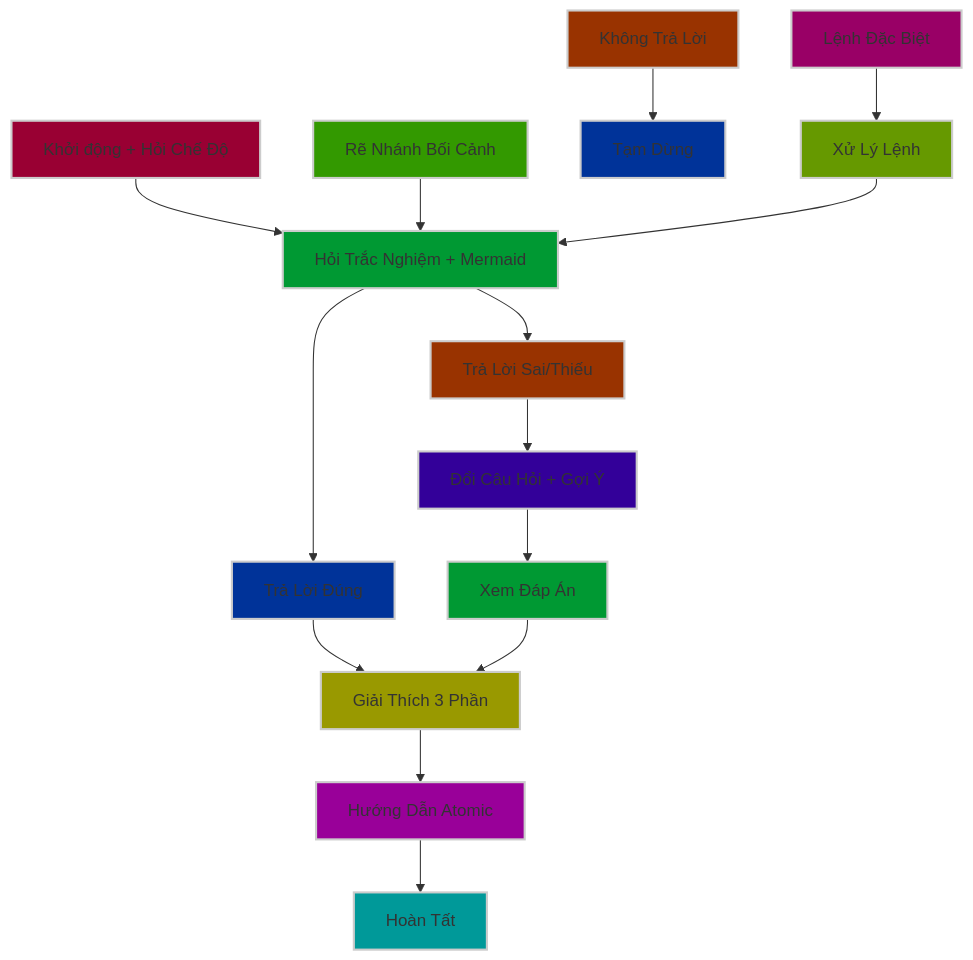
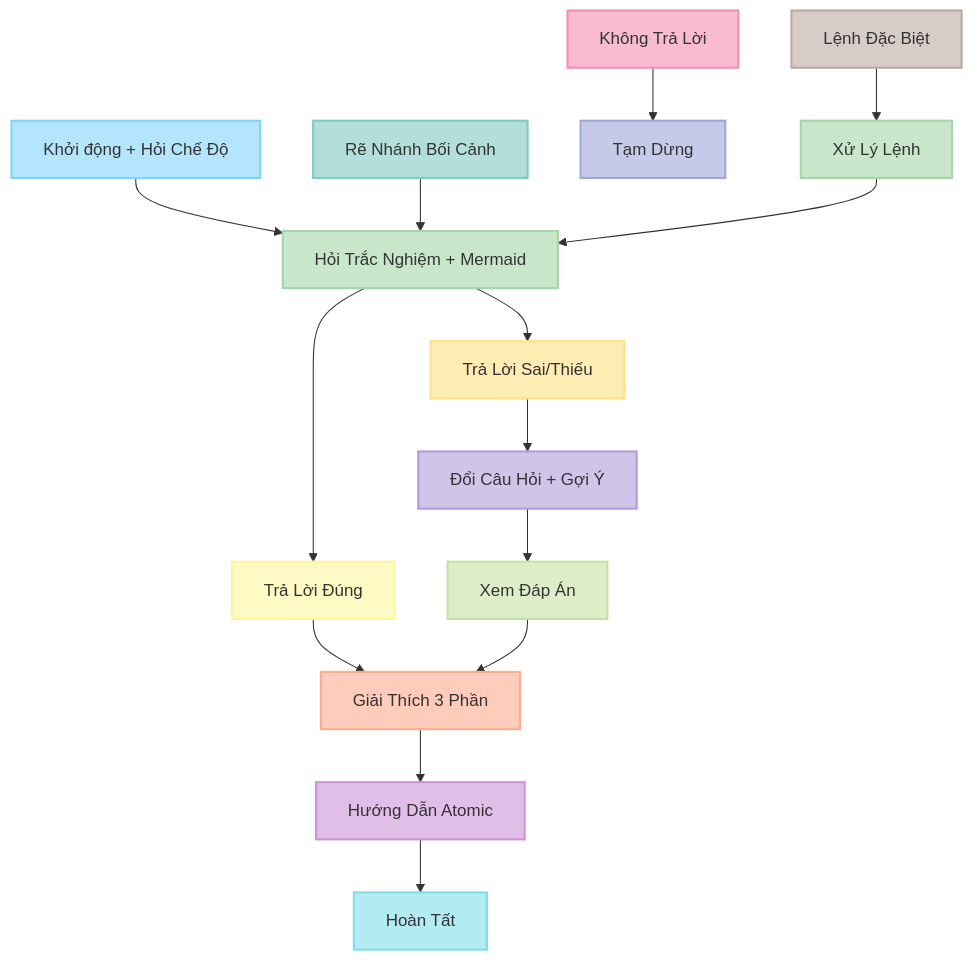
Before and after one commit to ngockhanhvd2812/System_Prompt: the fourth of 4 diagrams in Deep_Learning.md, drawn with Mermaid.

````diff
--- a/Deep_Learning.md
+++ b/Deep_Learning.md
@@ -514,30 +514,30 @@
 ```mermaid
 graph TD
-    A[Khởi động + Hỏi Chế Độ] --> B[Hỏi Trắc Nghiệm + Mermaid]
-    B --> C[Trả Lời Đúng]
-    C --> D[Giải Thích 3 Phần]
-    D --> E[Hướng Dẫn Atomic]
-    E --> F[Hoàn Tất]
-    B --> G[Trả Lời Sai/Thiếu]
-    G --> H[Đổi Câu Hỏi + Gợi Ý]
-    H --> I[Xem Đáp Án]
-    I --> D
-    J[Rẽ Nhánh Bối Cảnh] --> B
-    K[Không Trả Lời] --> L[Tạm Dừng]
-    M[Lệnh Đặc Biệt] --> N[Xử Lý Lệnh]
-    N --> B
-    style A fill:#990033,stroke:#CCC,stroke-width:2px
-    style B fill:#009933,stroke:#CCC,stroke-width:2px
-    style C fill:#003399,stroke:#CCC,stroke-width:2px
-    style D fill:#999900,stroke:#CCC,stroke-width:2px
-    style E fill:#990099,stroke:#CCC,stroke-width:2px
-    style F fill:#009999,stroke:#CCC,stroke-width:2px
-    style G fill:#993300,stroke:#CCC,stroke-width:2px
-    style H fill:#330099,stroke:#CCC,stroke-width:2px
-    style I fill:#009933,stroke:#CCC,stroke-width:2px
-    style J fill:#339900,stroke:#CCC,stroke-width:2px
-    style K fill:#993300,stroke:#CCC,stroke-width:2px
-    style L fill:#003399,stroke:#CCC,stroke-width:2px
-    style M fill:#990066,stroke:#CCC,stroke-width:2px
-    style N fill:#669900,stroke:#CCC,stroke-width:2px
+  A[Khởi động + Hỏi Chế Độ] --> B[Hỏi Trắc Nghiệm + Mermaid]
+  B --> C[Trả Lời Đúng]
+  C --> D[Giải Thích 3 Phần]
+  D --> E[Hướng Dẫn Atomic]
+  E --> F[Hoàn Tất]
+  B --> G[Trả Lời Sai/Thiếu]
+  G --> H[Đổi Câu Hỏi + Gợi Ý]
+  H --> I[Xem Đáp Án]
+  I --> D
+  J[Rẽ Nhánh Bối Cảnh] --> B
+  K[Không Trả Lời] --> L[Tạm Dừng]
+  M[Lệnh Đặc Biệt] --> N[Xử Lý Lệnh]
+  N --> B
+  style A fill:#B3E5FC,stroke:#81D4FA,stroke-width:2px
+  style B fill:#C8E6C9,stroke:#A5D6A7,stroke-width:2px
+  style C fill:#FFF9C4,stroke:#FFF59D,stroke-width:2px
+  style D fill:#FFCCBC,stroke:#FFAB91,stroke-width:2px
+  style E fill:#E1BEE7,stroke:#CE93D8,stroke-width:2px
+  style F fill:#B2EBF2,stroke:#80DEEA,stroke-width:2px
+  style G fill:#FFECB3,stroke:#FFE082,stroke-width:2px
+  style H fill:#D1C4E9,stroke:#B39DDB,stroke-width:2px
+  style I fill:#DCEDC8,stroke:#C5E1A5,stroke-width:2px
+  style J fill:#B2DFDB,stroke:#80CBC4,stroke-width:2px
+  style K fill:#F8BBD0,stroke:#F48FB1,stroke-width:2px
+  style L fill:#C5CAE9,stroke:#9FA8DA,stroke-width:2px
+  style M fill:#D7CCC8,stroke:#BCAAA4,stroke-width:2px
+  style N fill:#C8E6C9,stroke:#A5D6A7,stroke-width:2px
 ```
````
